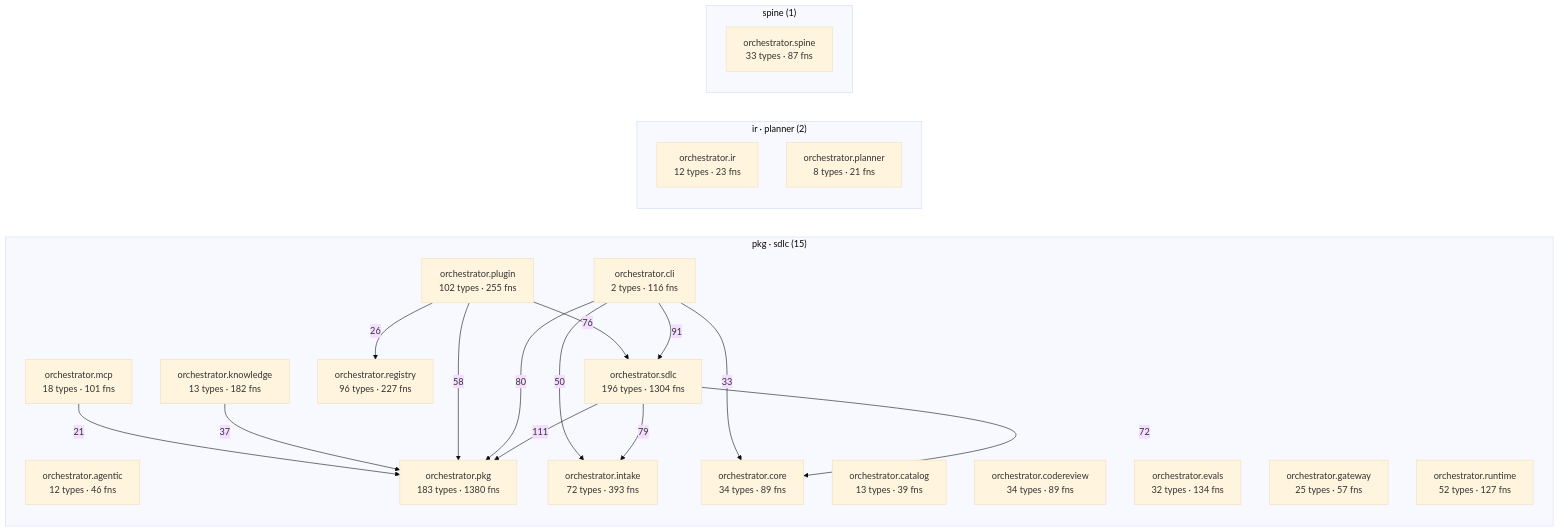
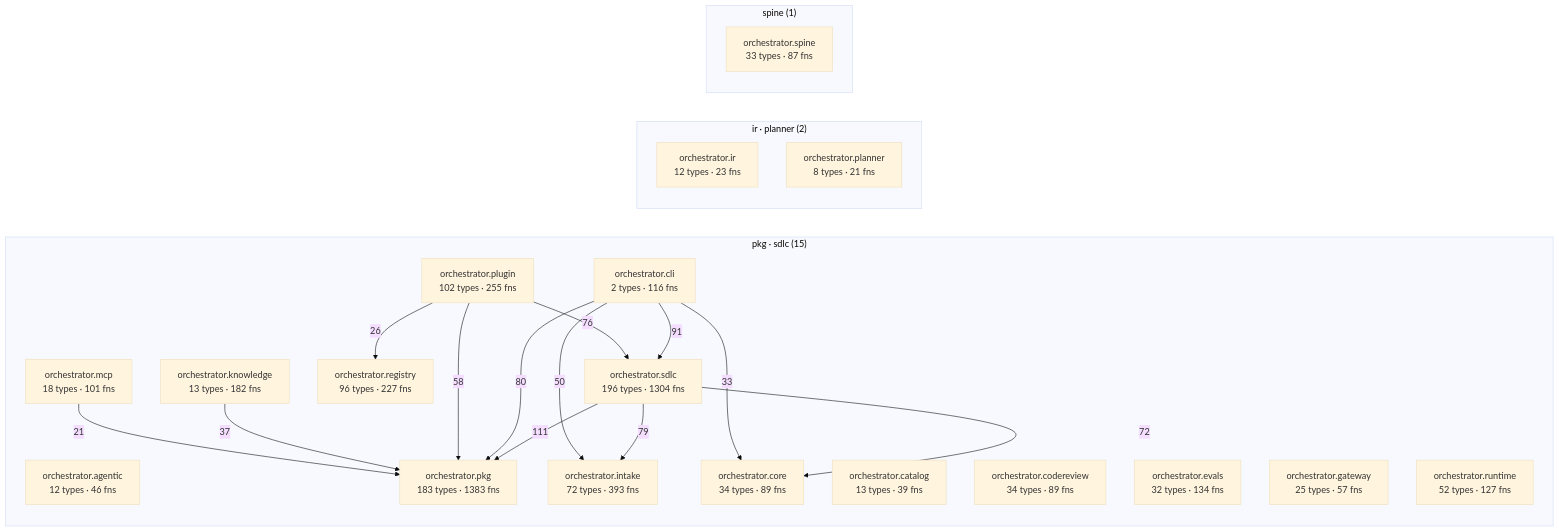
Before and after one commit to synaptixs/spine: the diagram in episteme/architecture.md, drawn with Mermaid (base theme). The commit also changed other lines of this file and 30 other files, not shown here.

````diff
--- a/episteme/architecture.md
+++ b/episteme/architecture.md
@@ -56,39 +56,39 @@
 ```mermaid
 flowchart LR
   subgraph c_2["pkg · sdlc (15)"]
     aorchestratoragentic["orchestrator.agentic<br/>12 types · 46 fns"]
     aorchestratorcatalog["orchestrator.catalog<br/>13 types · 39 fns"]
     aorchestratorcli["orchestrator.cli<br/>2 types · 116 fns"]
     aorchestratorcodereview["orchestrator.codereview<br/>34 types · 89 fns"]
     aorchestratorcore["orchestrator.core<br/>34 types · 89 fns"]
     aorchestratorevals["orchestrator.evals<br/>32 types · 134 fns"]
     aorchestratorgateway["orchestrator.gateway<br/>25 types · 57 fns"]
     aorchestratorintake["orchestrator.intake<br/>72 types · 393 fns"]
     aorchestratorknowledge["orchestrator.knowledge<br/>13 types · 182 fns"]
     aorchestratormcp["orchestrator.mcp<br/>18 types · 101 fns"]
-    aorchestratorpkg["orchestrator.pkg<br/>183 types · 1380 fns"]
+    aorchestratorpkg["orchestrator.pkg<br/>183 types · 1383 fns"]
     aorchestratorplugin["orchestrator.plugin<br/>102 types · 255 fns"]
     aorchestratorregistry["orchestrator.registry<br/>96 types · 227 fns"]
     aorchestratorruntime["orchestrator.runtime<br/>52 types · 127 fns"]
     aorchestratorsdlc["orchestrator.sdlc<br/>196 types · 1304 fns"]
   end
   subgraph c_6["ir · planner (2)"]
     aorchestratorir["orchestrator.ir<br/>12 types · 23 fns"]
     aorchestratorplanner["orchestrator.planner<br/>8 types · 21 fns"]
   end
   subgraph c_11["spine (1)"]
     aorchestratorspine["orchestrator.spine<br/>33 types · 87 fns"]
   end
   aorchestratorsdlc -->|111| aorchestratorpkg
   aorchestratorcli -->|91| aorchestratorsdlc
   aorchestratorcli -->|80| aorchestratorpkg
   aorchestratorsdlc -->|79| aorchestratorintake
   aorchestratorplugin -->|76| aorchestratorsdlc
   aorchestratorsdlc -->|72| aorchestratorcore
   aorchestratorplugin -->|58| aorchestratorpkg
   aorchestratorcli -->|50| aorchestratorintake
   aorchestratorknowledge -->|37| aorchestratorpkg
   aorchestratorcli -->|33| aorchestratorcore
   aorchestratorplugin -->|26| aorchestratorregistry
   aorchestratormcp -->|21| aorchestratorpkg
 ```
````
